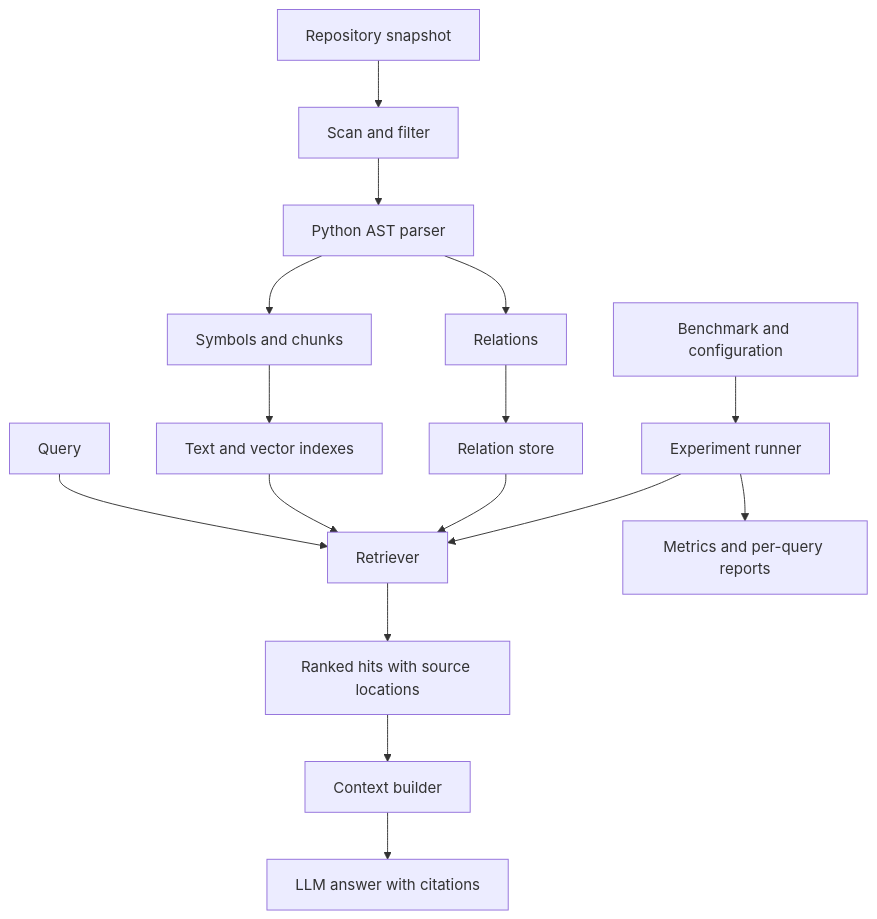
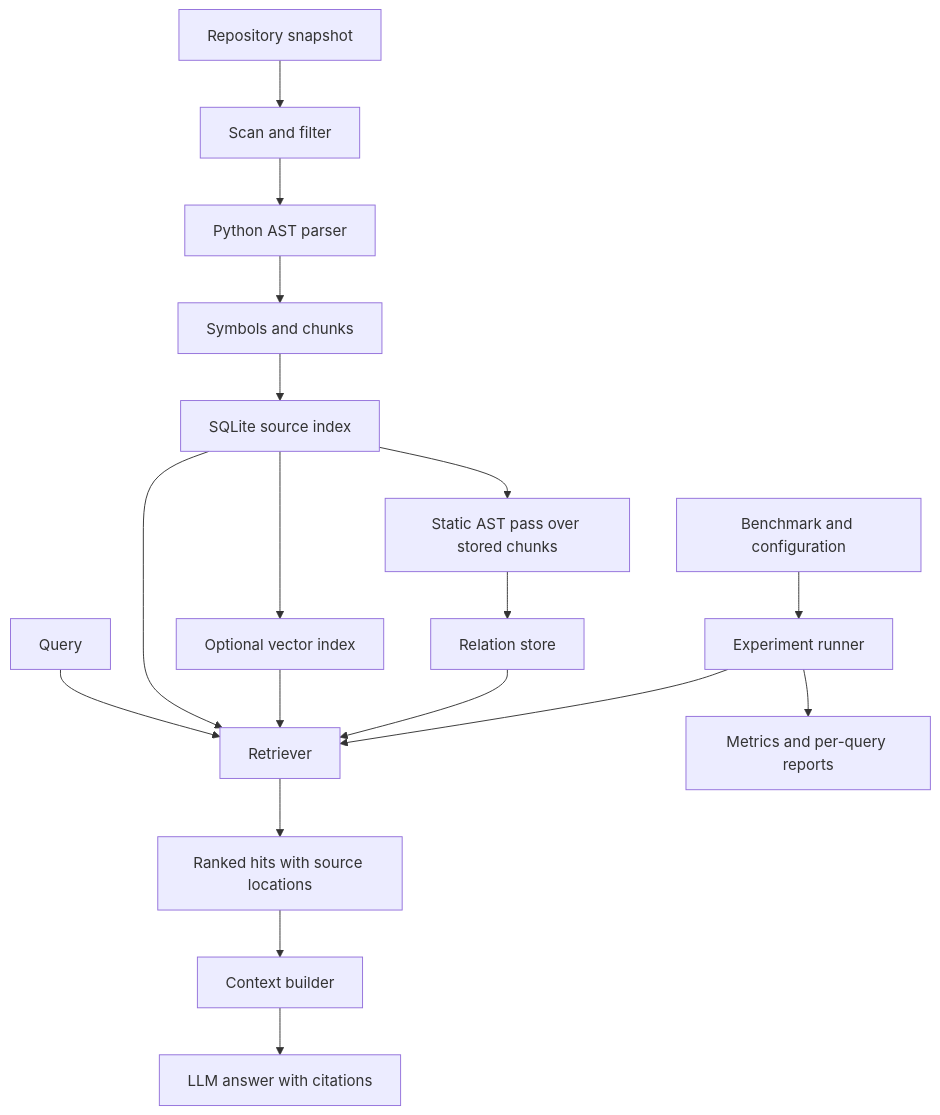
The diagram in docs/architecture.md (Shenggyyy/structure-aware-code-retrieval), drawn with Mermaid before and after one commit. The commit also changed other lines of this file and 13 other files, not shown here.

````diff
--- a/docs/architecture.md
+++ b/docs/architecture.md
@@ -20,18 +21,20 @@
 ```mermaid
 flowchart TD
     R[Repository snapshot] --> S[Scan and filter]
     S --> P[Python AST parser]
     P --> C[Symbols and chunks]
-    P --> E[Relations]
-    C --> I[Text and vector indexes]
+    I --> E[Static AST pass over stored chunks]
+    C --> I[SQLite source index]
+    I --> V[Optional vector index]
     E --> G[Relation store]
     Q[Query] --> T[Retriever]
     I --> T
+    V --> T
     G --> T
     T --> H[Ranked hits with source locations]
     H --> B[Context builder]
     B --> A[LLM answer with citations]
     D[Benchmark and configuration] --> X[Experiment runner]
     X --> T
     X --> O[Metrics and per-query reports]
 ```
````
